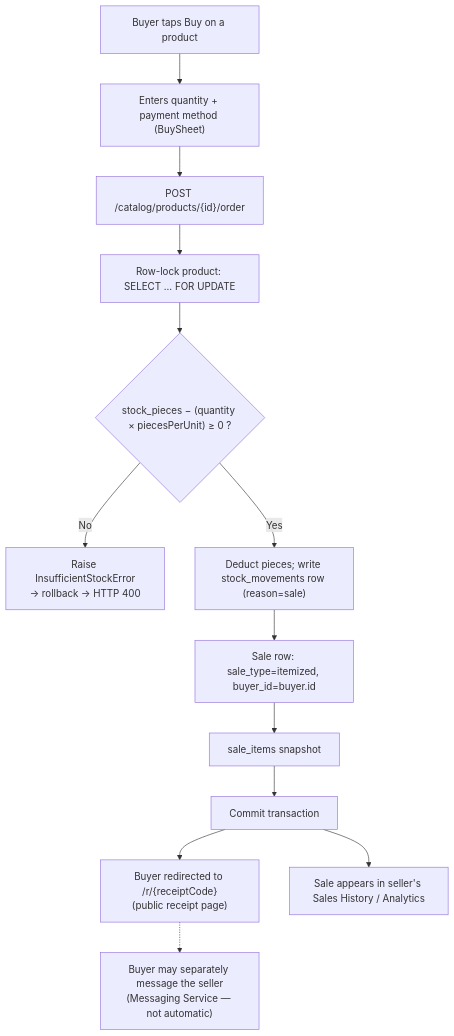
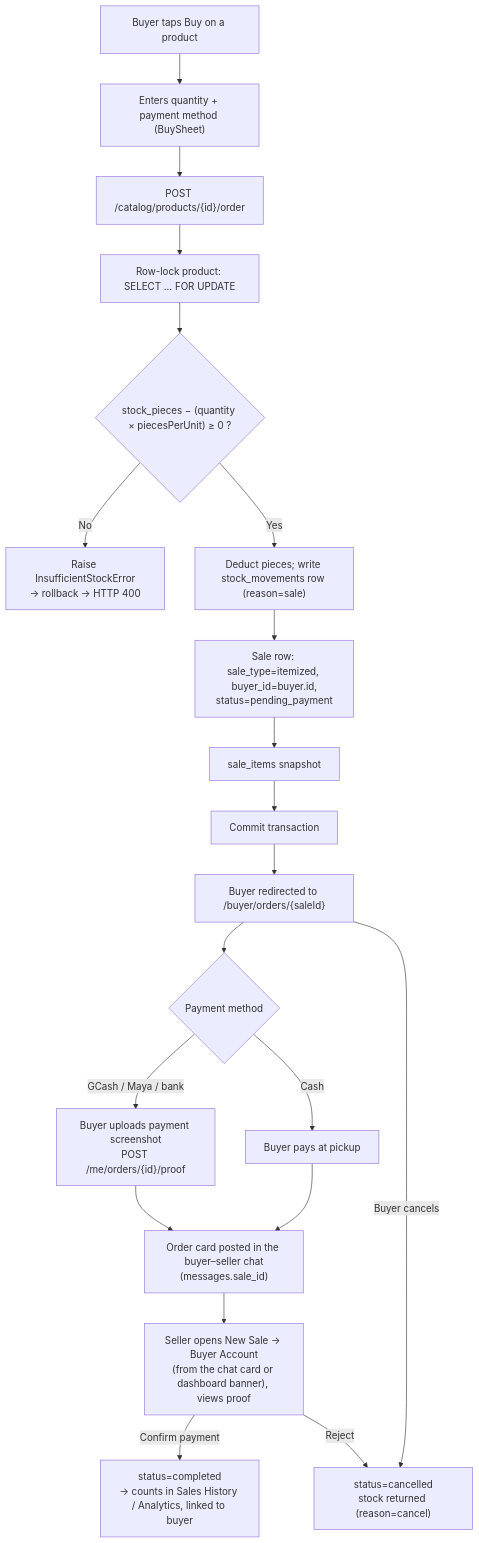
The second of 2 diagrams in docs-technical/docs/architecture/data-flow.md (ovwankenobi/SnapStock), drawn with Mermaid before and after one commit. The commit also changed other lines of this file and 1156 other files, not shown here.

````diff
--- a/docs-technical/docs/architecture/data-flow.md
+++ b/docs-technical/docs/architecture/data-flow.md
@@ -41,15 +46,22 @@
 ```mermaid
 flowchart TD
     A["Buyer taps Buy on a product"] --> B["Enters quantity + payment method (BuySheet)"]
     B --> C["POST /catalog/products/{id}/order"]
     C --> D["Row-lock product: SELECT ... FOR UPDATE"]
     D --> E{"stock_pieces − (quantity × piecesPerUnit) ≥ 0 ?"}
     E -- "No" --> F["Raise InsufficientStockError<br/>→ rollback → HTTP 400"]
     E -- "Yes" --> G["Deduct pieces; write stock_movements row (reason=sale)"]
-    G --> H["Sale row: sale_type=itemized, buyer_id=buyer.id"]
+    G --> H["Sale row: sale_type=itemized, buyer_id=buyer.id,<br/>status=pending_payment"]
     H --> I["sale_items snapshot"]
     I --> J["Commit transaction"]
-    J --> K["Buyer redirected to /r/{receiptCode}<br/>(public receipt page)"]
-    J --> L["Sale appears in seller's Sales History / Analytics"]
-    K -.-> M["Buyer may separately message the seller<br/>(Messaging Service — not automatic)"]
+    J --> K["Buyer redirected to /buyer/orders/{saleId}"]
+    K --> P{"Payment method"}
+    P -- "GCash / Maya / bank" --> Q["Buyer uploads payment screenshot<br/>POST /me/orders/{id}/proof"]
+    P -- "Cash" --> R["Buyer pays at pickup"]
+    Q --> O["Order card posted in the buyer–seller chat<br/>(messages.sale_id)"]
+    R --> O
+    O --> S["Seller opens New Sale → Buyer Account<br/>(from the chat card or dashboard banner), views proof"]
+    S -- "Confirm payment" --> T["status=completed<br/>→ counts in Sales History / Analytics, linked to buyer"]
+    S -- "Reject" --> U["status=cancelled<br/>stock returned (reason=cancel)"]
+    K -- "Buyer cancels" --> U
 ```
````
